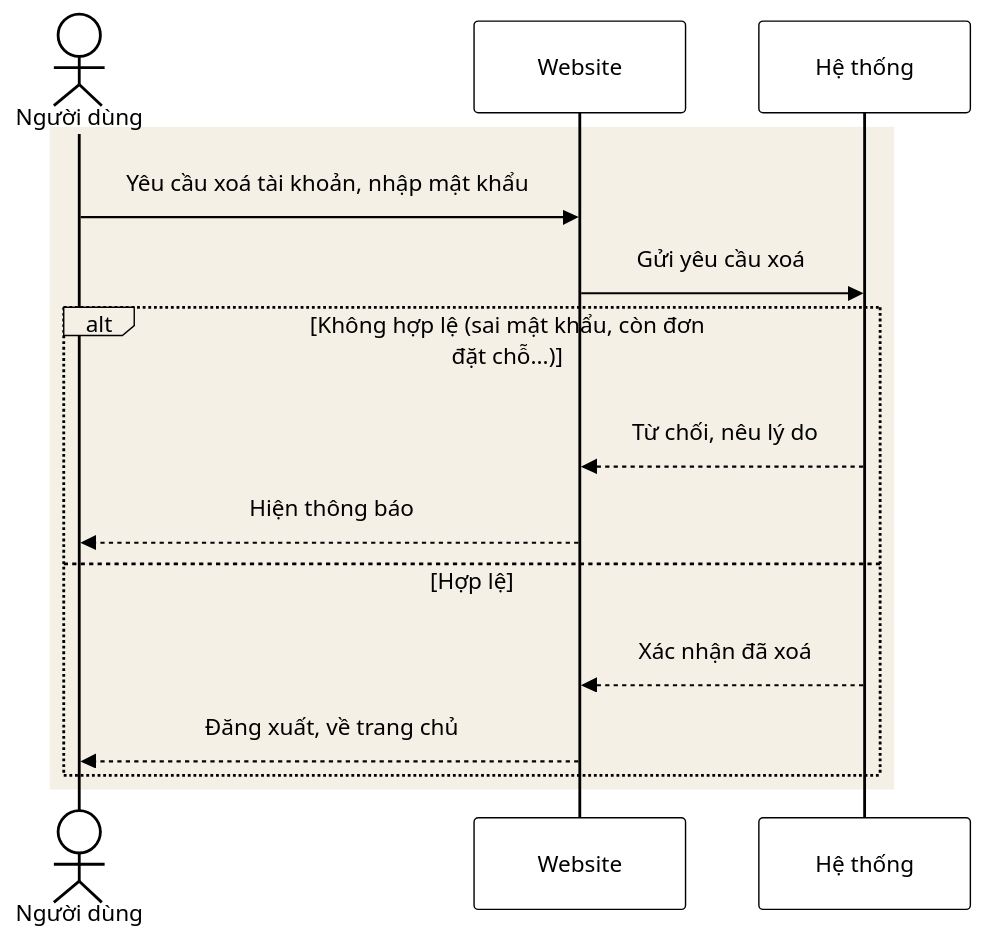
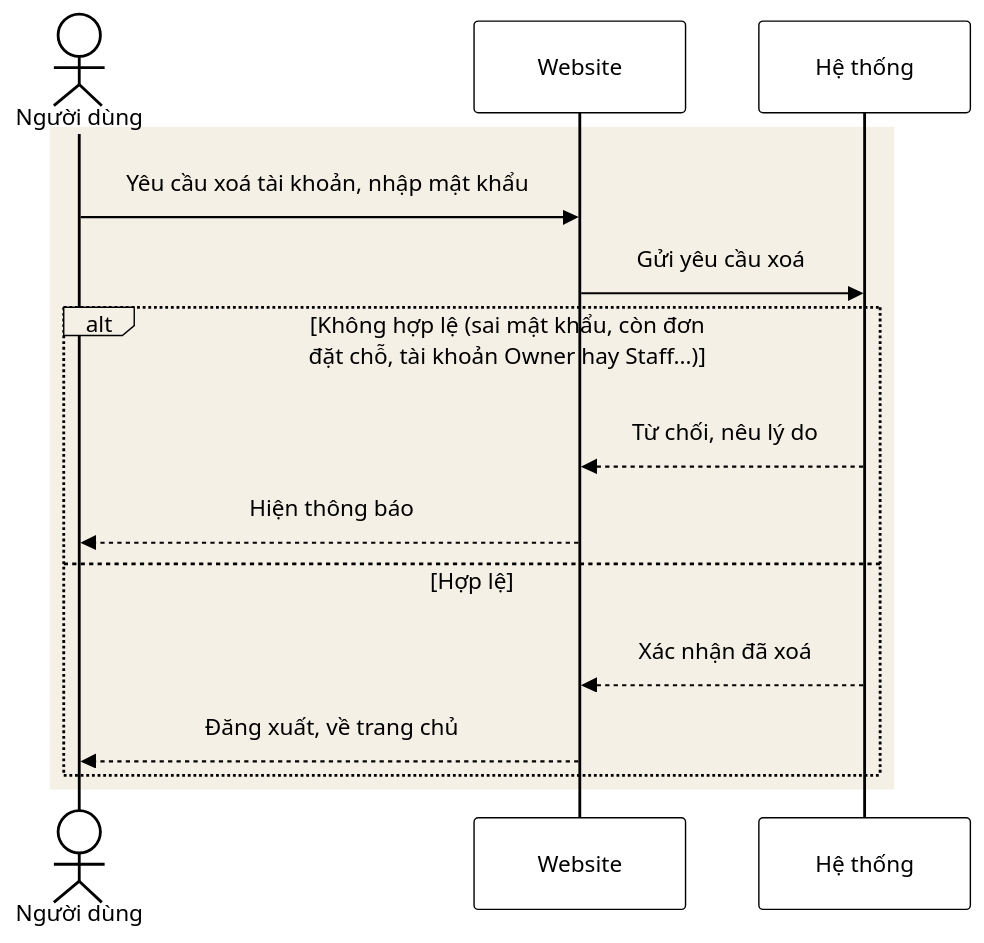
Before and after one commit to yurivolkov21/Tourism-Platform-V2: the fifth of 5 diagrams in docs/guides/auth-flow-simple.md, drawn with Mermaid. The commit also changed 2 other files, not shown here.

Commit message:
docs: sơ đồ luồng xoá tài khoản có nhánh Owner và Staff, mở G58 cho app mobile

````diff
--- a/docs/guides/auth-flow-simple.md
+++ b/docs/guides/auth-flow-simple.md
@@ -127,26 +127,26 @@
 ```mermaid
 %%{init: {'theme':'base', 'themeVariables': {
   'primaryColor': '#FFFFFF','primaryBorderColor': '#000000','primaryTextColor': '#000000',
   'actorBkg': '#FFFFFF','actorBorder': '#000000','actorTextColor': '#000000','actorLineColor': '#000000',
   'signalColor': '#000000','signalTextColor': '#000000',
   'labelBoxBkgColor': '#F5F0E6','labelBoxBorderColor': '#000000','labelTextColor': '#000000','loopTextColor': '#000000',
   'noteBkgColor': '#EDE3CC','noteBorderColor': '#000000','noteTextColor': '#000000',
   'activationBkgColor': '#F5F0E6','activationBorderColor': '#000000'
 }}}%%
 sequenceDiagram
     actor U as Người dùng
     participant App as Website
     participant HT as Hệ thống
 
     rect rgb(245, 240, 230)
     U->>App: Yêu cầu xoá tài khoản, nhập mật khẩu
     App->>HT: Gửi yêu cầu xoá
-    alt Không hợp lệ (sai mật khẩu, còn đơn đặt chỗ...)
+    alt Không hợp lệ (sai mật khẩu, còn đơn đặt chỗ, tài khoản Owner hay Staff...)
         HT-->>App: Từ chối, nêu lý do
         App-->>U: Hiện thông báo
     else Hợp lệ
         HT-->>App: Xác nhận đã xoá
         App-->>U: Đăng xuất, về trang chủ
     end
     end
 ```
````
